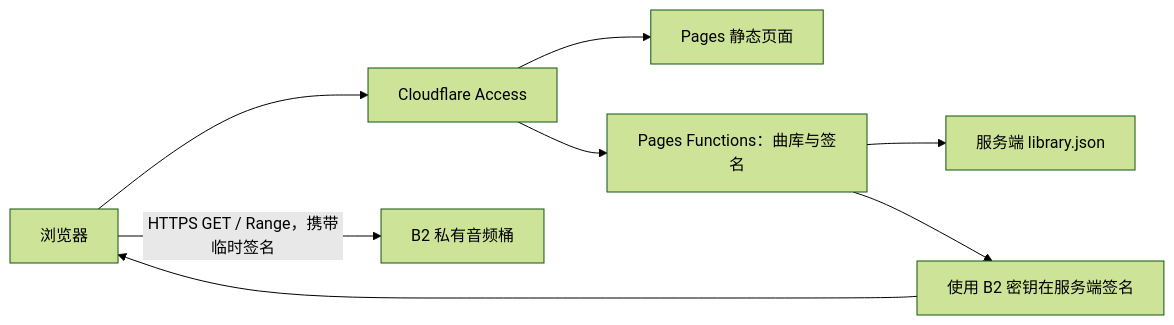
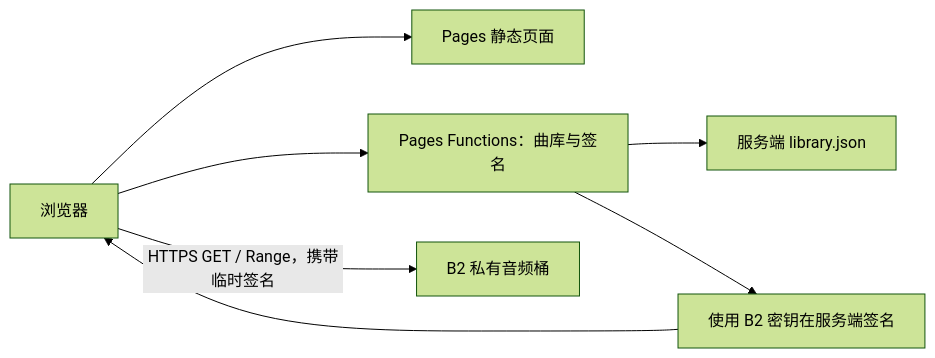
Before and after one commit to HE4001/mymusic: the diagram in 云端音乐播放器设计与编码指南.md, drawn with Mermaid (forest theme). The commit also changed other lines of this file and 15 other files, not shown here.

````diff
--- a/云端音乐播放器设计与编码指南.md
+++ b/云端音乐播放器设计与编码指南.md
@@ -114,10 +114,9 @@
 ```mermaid
 flowchart LR
-  U[浏览器] --> A[Cloudflare Access]
-  A --> P[Pages 静态页面]
-  A --> F[Pages Functions：曲库与签名]
+  U[浏览器] --> P[Pages 静态页面]
+  U --> F[Pages Functions：曲库与签名]
   F --> M[服务端 library.json]
   F --> S[使用 B2 密钥在服务端签名]
   S --> U
   U -->|HTTPS GET / Range，携带临时签名| B[B2 私有音频桶]
 ```
````
